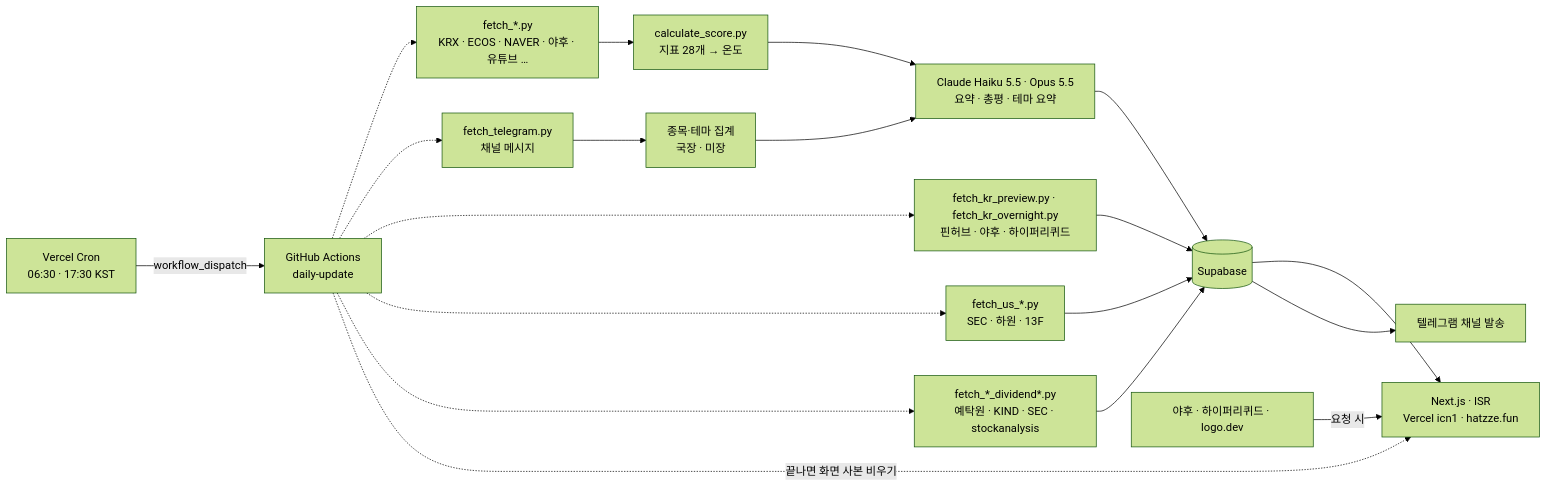
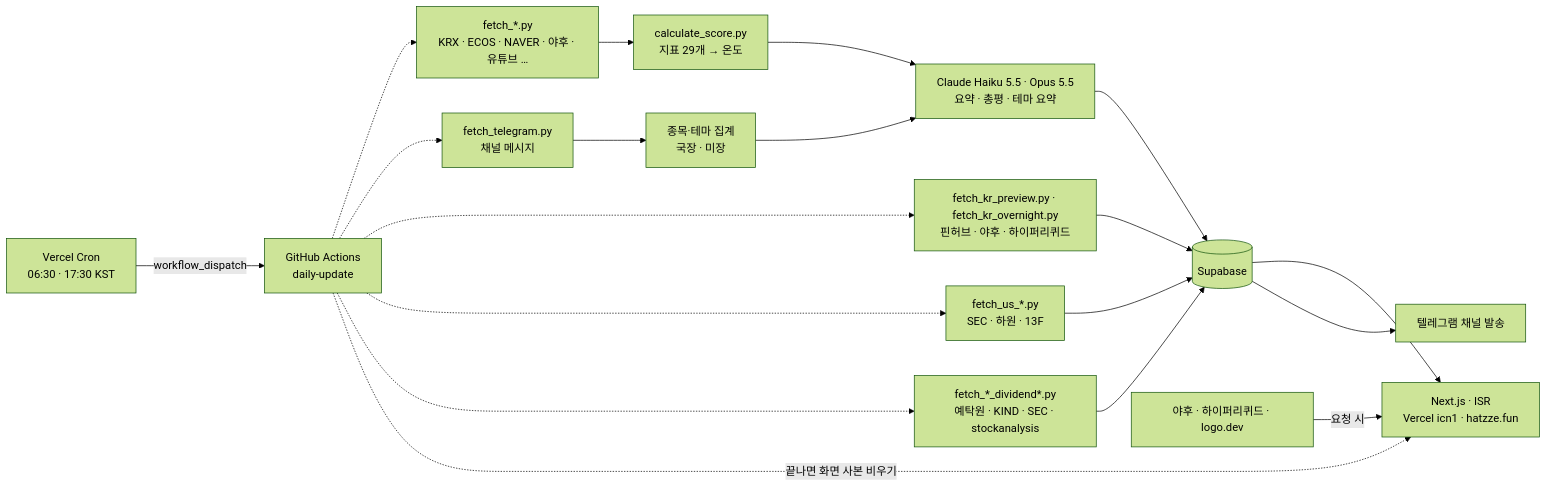
Before and after one commit to drakedog-kr/hatzze: the diagram in README.md, drawn with Mermaid (forest theme). The commit also changed other lines of this file and 10 other files, not shown here.

````diff
--- a/README.md
+++ b/README.md
@@ -33,21 +33,21 @@
 ```mermaid
 flowchart LR
     CR["Vercel Cron<br/>06:30 · 17:30 KST"] -->|workflow_dispatch| G["GitHub Actions<br/>daily-update"]
     G -.-> A["fetch_*.py<br/>KRX · ECOS · NAVER · 야후 · 유튜브 …"]
     G -.-> T1["fetch_telegram.py<br/>채널 메시지"]
     G -.-> P1["fetch_kr_preview.py · fetch_kr_overnight.py<br/>핀허브 · 야후 · 하이퍼리퀴드"]
     G -.-> U1["fetch_us_*.py<br/>SEC · 하원 · 13F"]
     G -.-> V1["fetch_*_dividend*.py<br/>예탁원 · KIND · SEC · stockanalysis"]
-    A --> B["calculate_score.py<br/>지표 28개 → 온도"]
+    A --> B["calculate_score.py<br/>지표 29개 → 온도"]
     T1 --> T2["종목·테마 집계<br/>국장 · 미장"]
     B --> L["Claude Haiku 5.5 · Opus 5.5<br/>요약 · 총평 · 테마 요약"]
     T2 --> L
     L --> D[("Supabase")]
     P1 --> D
     U1 --> D
     V1 --> D
     D --> E["Next.js · ISR<br/>Vercel icn1 · hatzze.fun"]
     D --> BC["텔레그램 채널 발송"]
     G -.->|끝나면 화면 사본 비우기| E
     Y["야후 · 하이퍼리퀴드 · logo.dev"] -->|요청 시| E
 ```
````
